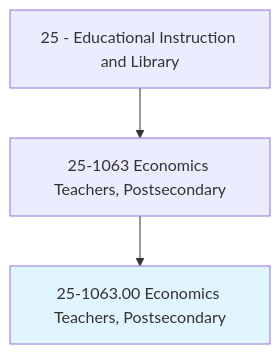
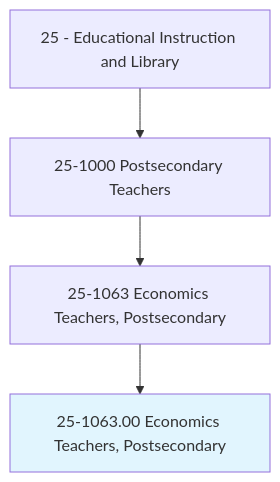
One commit to kziemski/business.org.ai changed the first of 4 diagrams in occupations/Education/EconomicsTeachersPostsecondary.mdx. Above: the diagram before and after it, drawn with Mermaid. The commit also changed other lines of this file and 938 other files, not shown here.

````diff
--- a/occupations/Education/EconomicsTeachersPostsecondary.mdx
+++ b/occupations/Education/EconomicsTeachersPostsecondary.mdx
@@ -19,6 +23,7 @@
 ```mermaid
 graph TD
-    Cat25["25 - Educational Instruction and Library"] --> Group251063["25-1063 Economics Teachers, Postsecondary"]
+    Cat25["25 - Educational Instruction and Library"] --> Group251["25-1000 Postsecondary Teachers"]
+    Group251 --> Group251063["25-1063 Economics Teachers, Postsecondary"]
     Group251063 --> Current["25-1063.00 Economics Teachers, Postsecondary"]
     style Current fill:#e1f5fe
 ```
````
